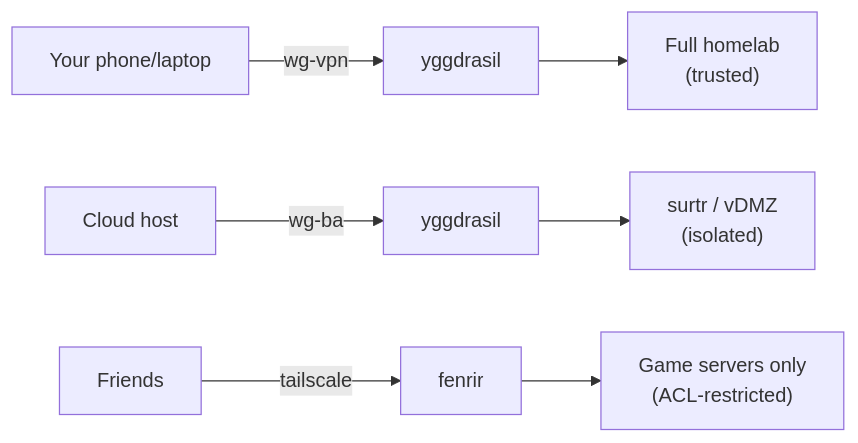
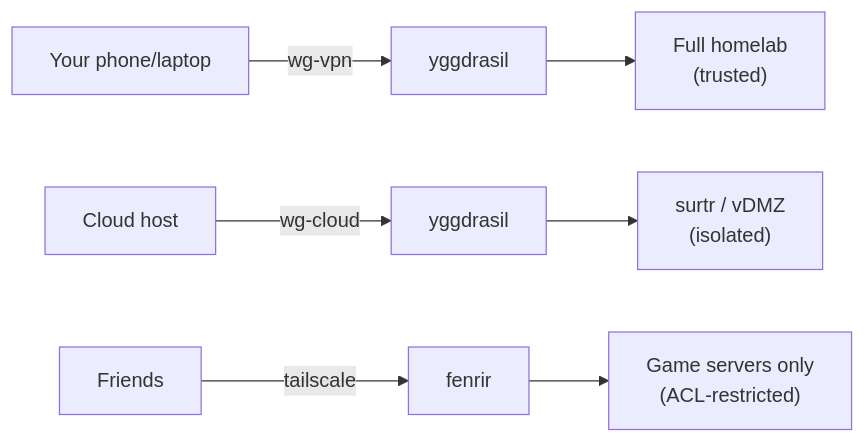
One commit to mutantmell/dotfiles changed the third of 3 diagrams in llm-notes/headscale-integration-plan.md. Above: the diagram before and after it, drawn with Mermaid. The commit also changed other lines of this file and 3 other files, not shown here.

First line of the commit message:
Rename wg-ba to wg-cloud for the cloud host tunnel

````diff
--- a/llm-notes/headscale-integration-plan.md
+++ b/llm-notes/headscale-integration-plan.md
@@ -610,6 +610,6 @@
 ```mermaid
 flowchart LR
     You["Your phone/laptop"] -->|wg-vpn| Y1["yggdrasil"] --> HL["Full homelab\n(trusted)"]
-    Cloud["Cloud host"] -->|wg-ba| Y2["yggdrasil"] --> Surtr["surtr / vDMZ\n(isolated)"]
+    Cloud["Cloud host"] -->|wg-cloud| Y2["yggdrasil"] --> Surtr["surtr / vDMZ\n(isolated)"]
     Friends["Friends"] -->|tailscale| Fenrir["fenrir"] --> GS["Game servers only\n(ACL-restricted)"]
 ```
````
